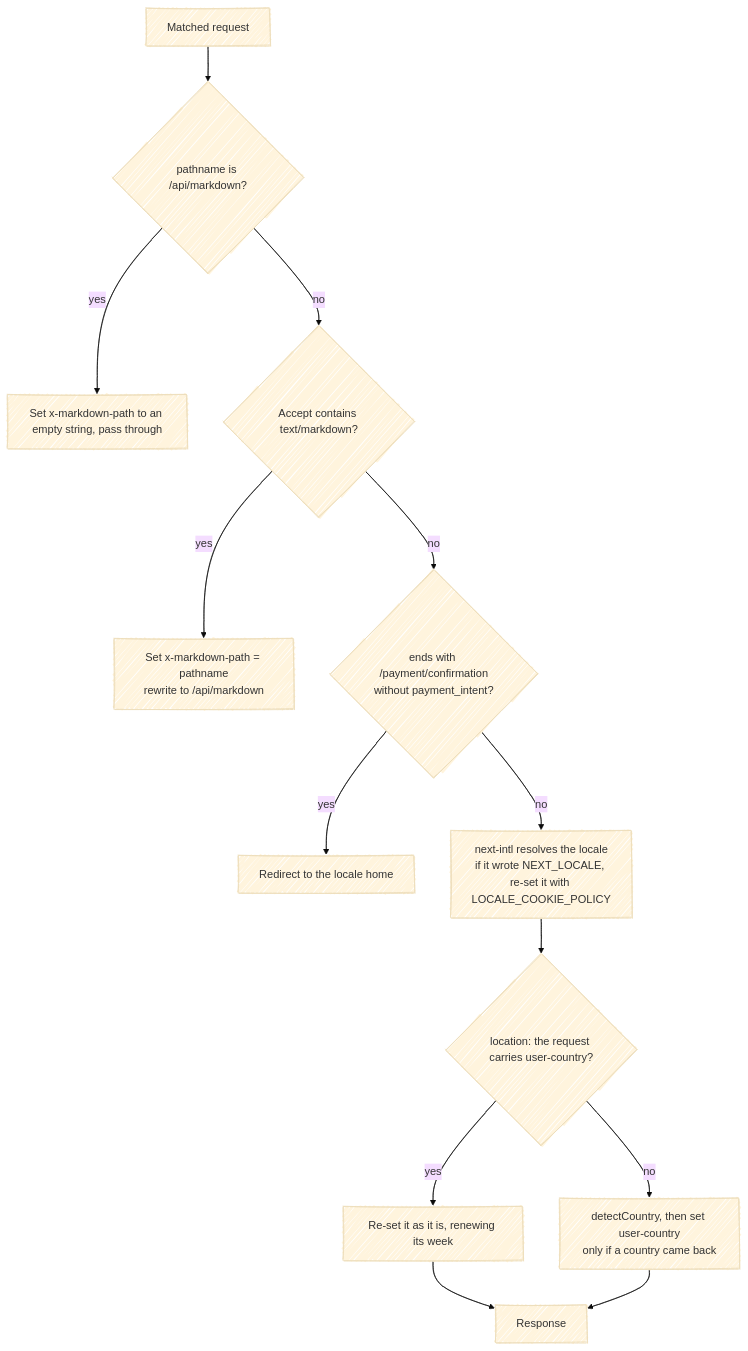
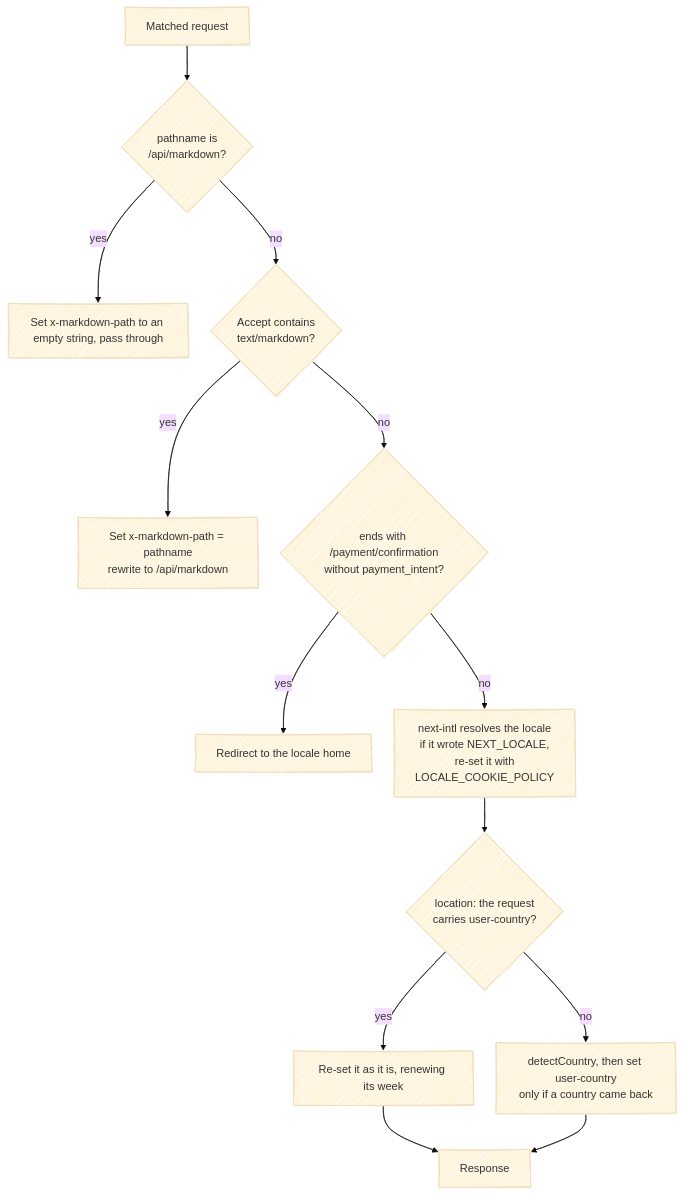
Before and after one commit to fbuireu/forever-pto: the diagram in apps/docs/src/content/docs/architecture/proxy.mdx, drawn with Mermaid (base theme). The commit also changed 26 other files, not shown here.

First line of the commit message:
docs(diagrams): fix split words, overlaps and oversized Mermaid diagrams

````diff
--- a/apps/docs/src/content/docs/architecture/proxy.mdx
+++ b/apps/docs/src/content/docs/architecture/proxy.mdx
@@ -26,19 +26,21 @@
 ```mermaid
 ---
 config:
   look: handDrawn
   layout: dagre
+  flowchart:
+    nodeSpacing: 30
 ---
 flowchart TD
-  IN[Matched request] --> D1{"pathname is /api/markdown?"}
+  IN[Matched request] --> D1{"pathname is<br/>/api/markdown?"}
   D1 -- yes --> H1["Set x-markdown-path to an empty string, pass through"]
-  D1 -- no --> D2{"Accept contains text/markdown?"}
+  D1 -- no --> D2{"Accept contains<br/>text/markdown?"}
   D2 -- yes --> H2["Set x-markdown-path = pathname<br/>rewrite to /api/markdown"]
   D2 -- no --> D3{"ends with /payment/confirmation<br/>without payment_intent?"}
   D3 -- yes --> H3[Redirect to the locale home]
-  D3 -- no --> I18N["next-intl resolves the locale<br/>if it wrote NEXT_LOCALE, re-set it with LOCALE_COOKIE_POLICY"]
-  I18N --> GEO{"location: the request carries user-country?"}
+  D3 -- no --> I18N["next-intl resolves the locale<br/>if it wrote NEXT_LOCALE,<br/>re-set it with<br/>LOCALE_COOKIE_POLICY"]
+  I18N --> GEO{"location: the request<br/>carries user-country?"}
   GEO -- yes --> RS["Re-set it as it is, renewing its week"]
   GEO -- no --> DET["detectCountry, then set user-country<br/>only if a country came back"]
   RS & DET --> OUT[Response]
 ```
````
